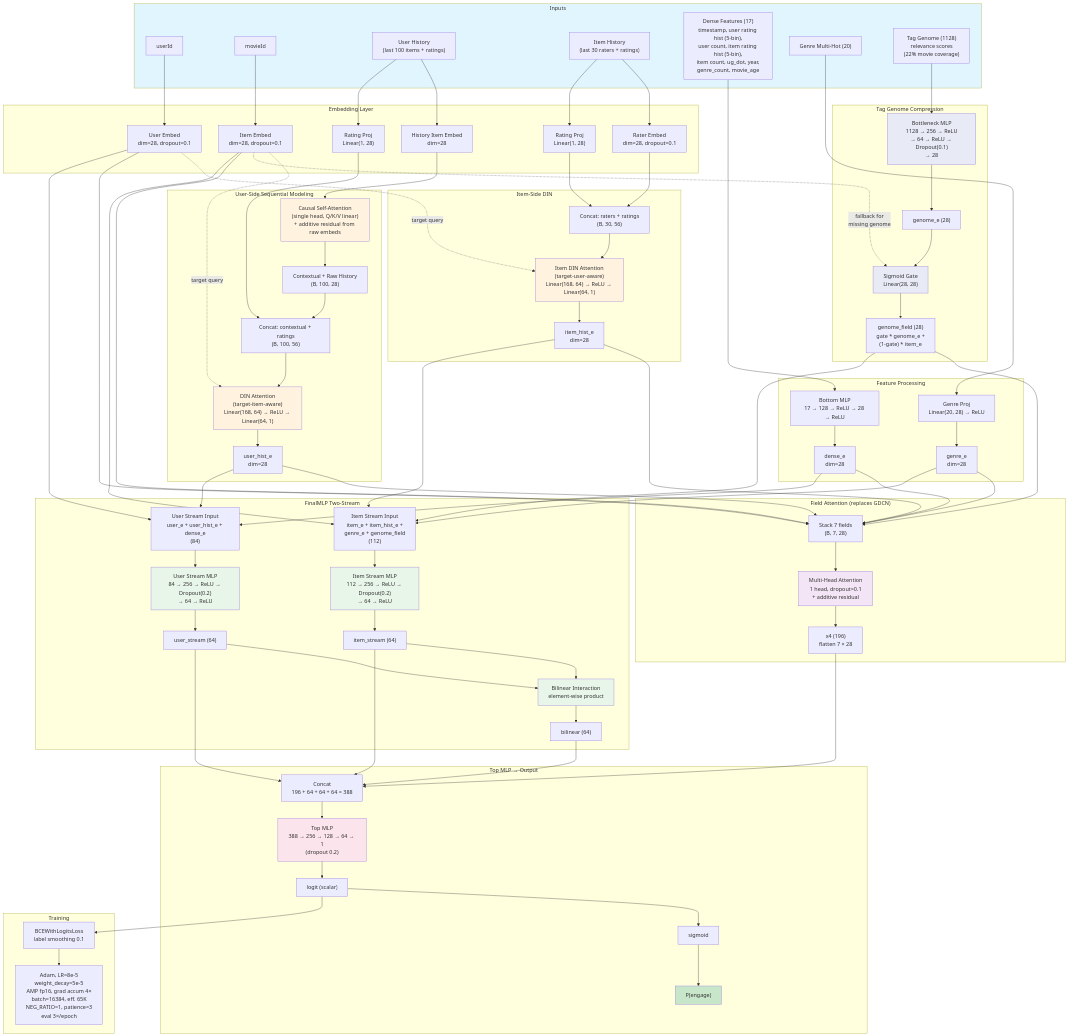
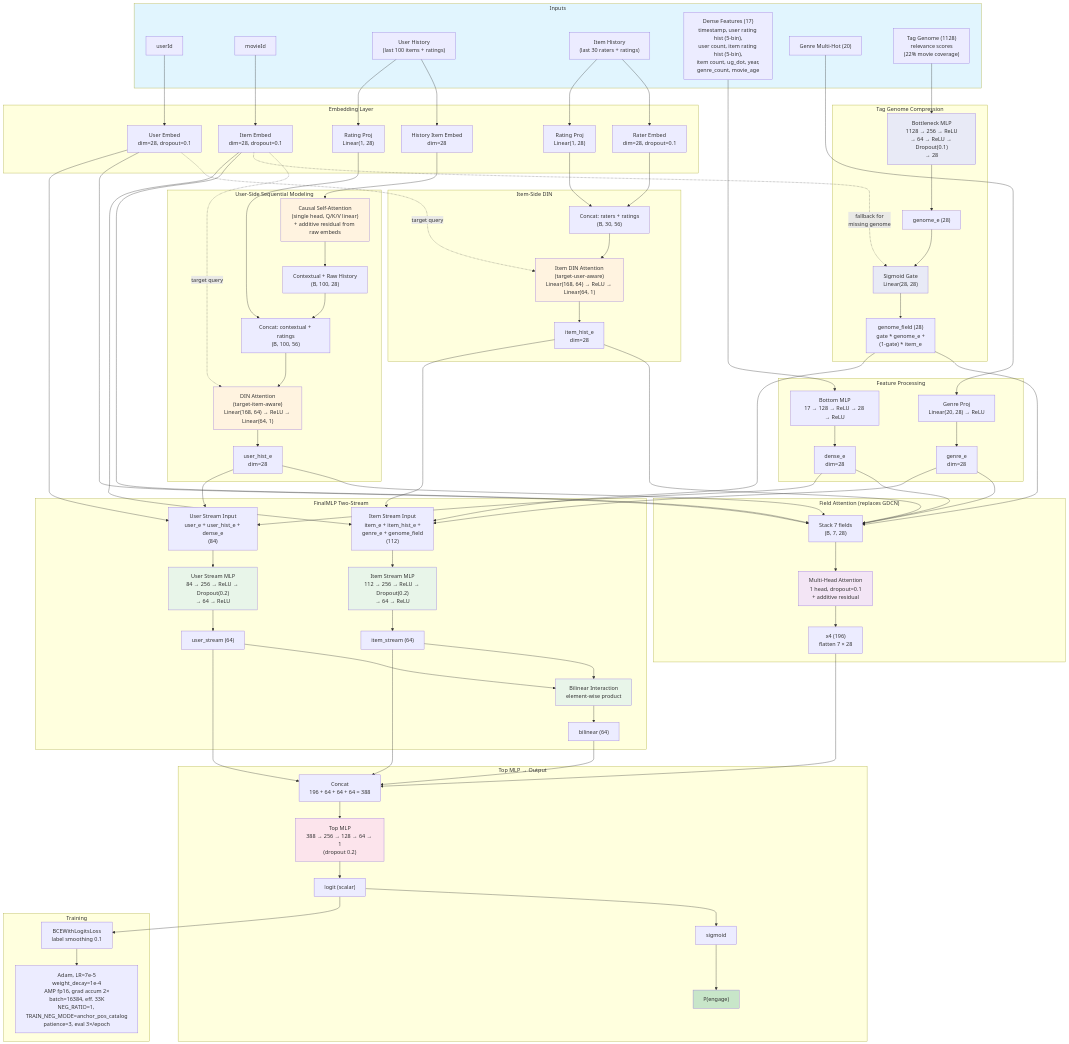
Before and after one commit to thuningxu/movielens: the second of 2 diagrams in README.md, drawn with Mermaid. The commit also changed 4 other files, not shown here.

Commit message:
Anchor train negatives to event-time catalog

```diff
--- a/README.md
+++ b/README.md
@@ -133,7 +133,7 @@
 
     subgraph "Training"
         LOGIT --> LOSS["BCEWithLogitsLoss<br/>label smoothing 0.1"]
-        LOSS --> OPT["Adam, LR=8e-5<br/>weight_decay=5e-5<br/>AMP fp16, grad accum 4×<br/>batch=16384, eff. 65K<br/>NEG_RATIO=1, patience=3<br/>eval 3×/epoch"]
+        LOSS --> OPT["Adam, LR=7e-5<br/>weight_decay=1e-4<br/>AMP fp16, grad accum 2×<br/>batch=16384, eff. 33K<br/>NEG_RATIO=1, TRAIN_NEG_MODE=anchor_pos_catalog<br/>patience=3, eval 3×/epoch"]
     end
 
     style Inputs fill:#e1f5fe
```
